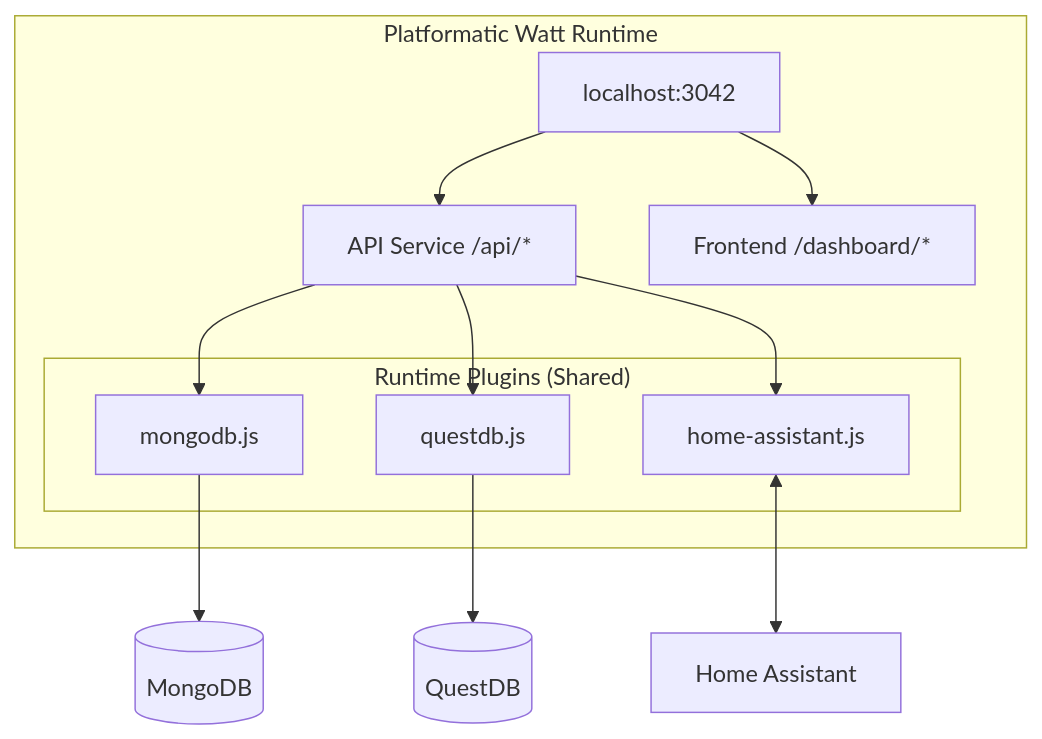
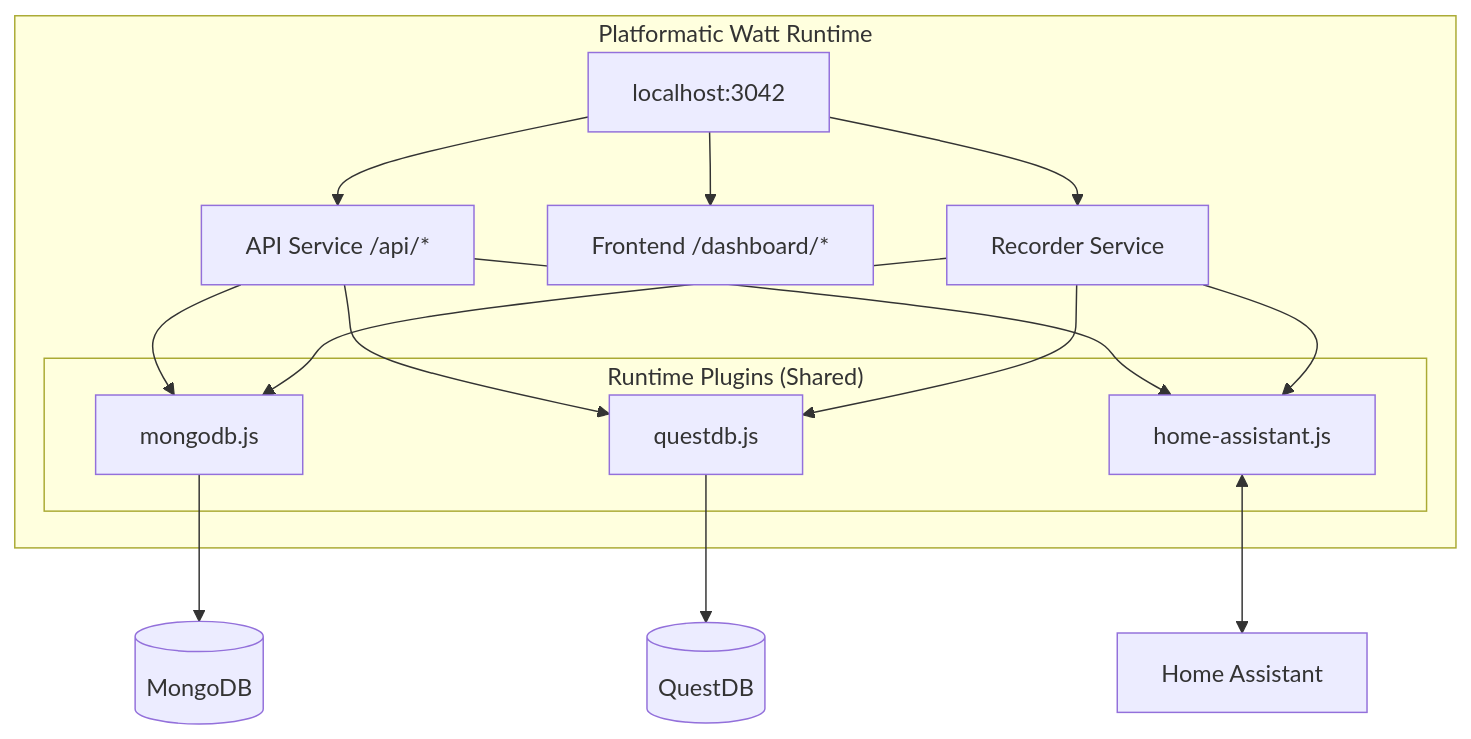
Before and after one commit to teknologist/ha-energy-analytics: the first of 2 diagrams in CLAUDE.md, drawn with Mermaid. The commit also changed other lines of this file and 1 other file, not shown here.

First line of the commit message:
feat(recorder): enable recorder service in watt runtime

````diff
--- a/CLAUDE.md
+++ b/CLAUDE.md
@@ -157,29 +157,35 @@
 ```mermaid
 flowchart TB
     subgraph Watt["Platformatic Watt Runtime"]
         subgraph RuntimePlugins["Runtime Plugins (Shared)"]
             Mongo["mongodb.js"]
             QDB["questdb.js"]
             HA["home-assistant.js"]
         end
 
         Runtime["localhost:3042"]
         API["API Service /api/*"]
         Frontend["Frontend /dashboard/*"]
+        Recorder["Recorder Service"]
 
         Runtime --> API
         Runtime --> Frontend
+        Runtime --> Recorder
     end
 
     API --> Mongo
     API --> QDB
     API --> HA
+
+    Recorder --> Mongo
+    Recorder --> QDB
+    Recorder --> HA
 
     MongoDB[(MongoDB)]
     QuestDB[(QuestDB)]
     HomeAssistant[Home Assistant]
 
     Mongo --> MongoDB
     QDB --> QuestDB
     HA <--> HomeAssistant
 ```
````
